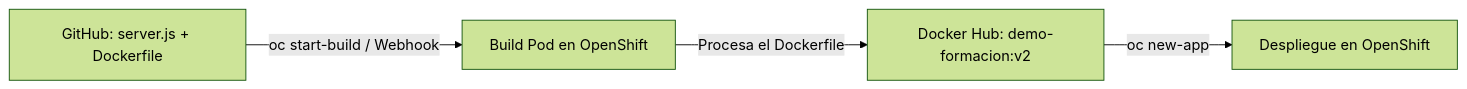
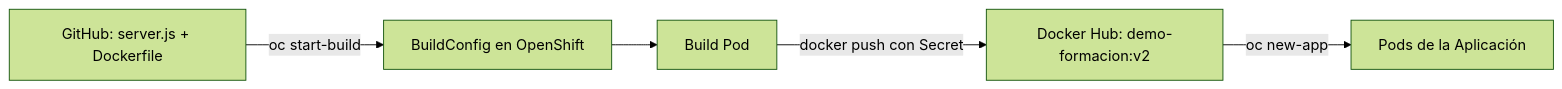
One commit to ieftraining/curso-openshift changed the sixth of 6 diagrams in docs/sesion4/4.5 Construir en la plataforma.md. Above: the diagram before and after it, drawn with Mermaid (forest theme). The commit also changed other lines of this file, not shown here.

````diff
--- a/docs/sesion4/4.5 Construir en la plataforma.md
+++ b/docs/sesion4/4.5 Construir en la plataforma.md
@@ -188,6 +151,7 @@
 ```mermaid
 flowchart LR
-    A[GitHub: server.js + Dockerfile] -->|oc start-build / Webhook| B[Build Pod en OpenShift]
-    B -->|Procesa el Dockerfile| C[Docker Hub: demo-formacion:v2]
-    C -->|oc new-app| D[Despliegue en OpenShift]
+    GH[GitHub: server.js + Dockerfile] -->|oc start-build| BC[BuildConfig en OpenShift]
+    BC --> BP[Build Pod]
+    BP -->|docker push con Secret| DH[Docker Hub: demo-formacion:v2]
+    DH -->|oc new-app| POD[Pods de la Aplicación]
 ```
````
